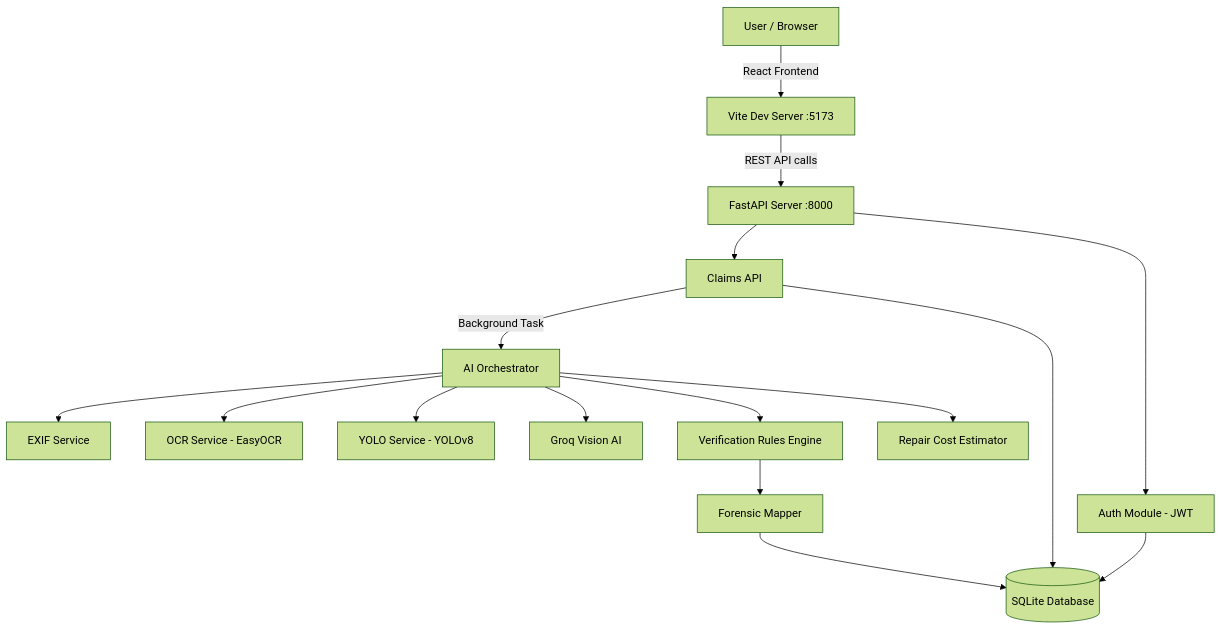
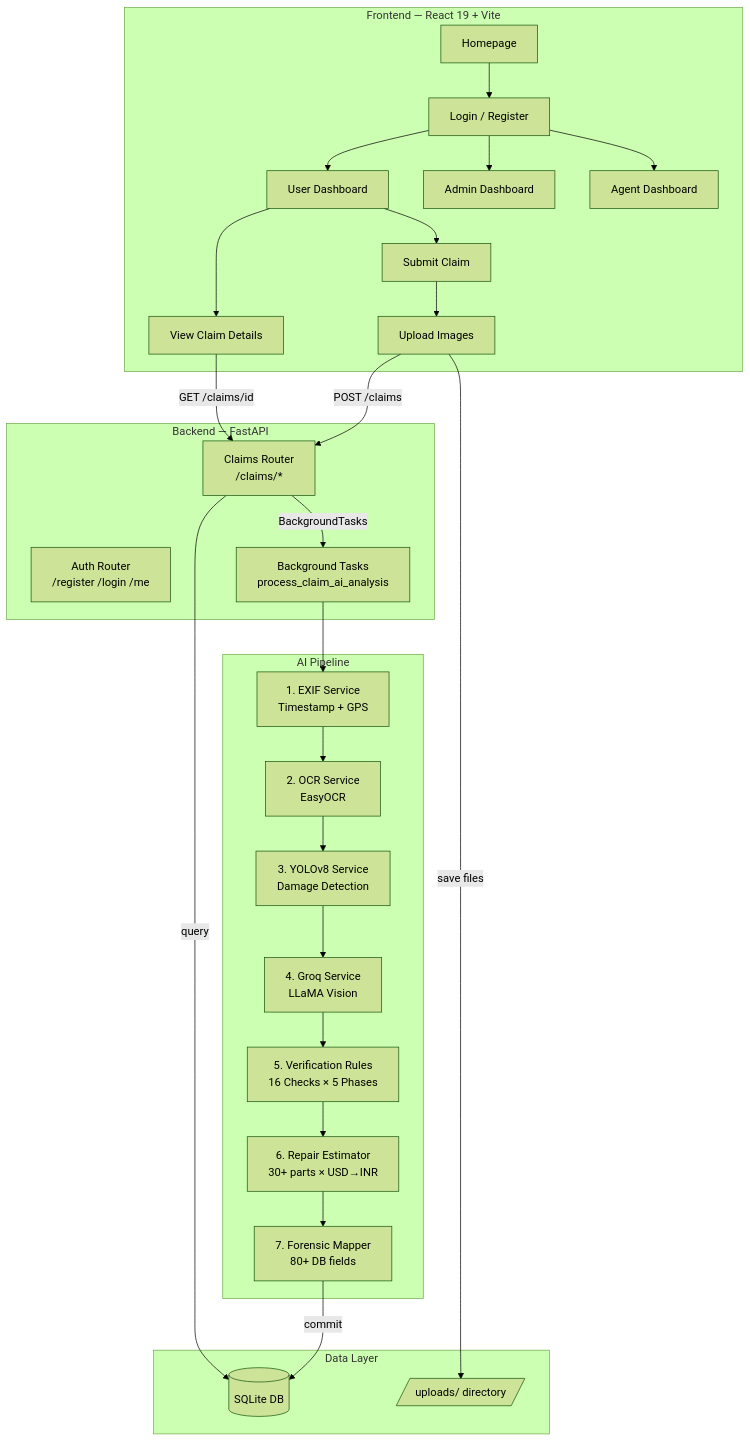
Before and after one commit to Basilsabu10/AutoclaimMain: the first of 5 diagrams in Autoclaim-main/docs/PROJECT_REPORT.md, drawn with Mermaid (forest theme). The commit also changed other lines of this file, not shown here.

Commit message:
docs: comprehensive project report with deep code-level details

````diff
--- a/Autoclaim-main/docs/PROJECT_REPORT.md
+++ b/Autoclaim-main/docs/PROJECT_REPORT.md
@@ -49,18 +75,41 @@
 ```mermaid
-graph TD
-    A[User / Browser] -->|React Frontend| B[Vite Dev Server :5173]
-    B -->|REST API calls| C[FastAPI Server :8000]
-    C --> D[Auth Module - JWT]
-    C --> E[Claims API]
-    E -->|Background Task| F[AI Orchestrator]
-    F --> G[EXIF Service]
-    F --> H[OCR Service - EasyOCR]
-    F --> I[YOLO Service - YOLOv8]
-    F --> J[Groq Vision AI]
-    F --> K[Verification Rules Engine]
-    F --> L[Repair Cost Estimator]
-    K --> M[Forensic Mapper]
-    M --> N[(SQLite Database)]
-    E --> N
-    D --> N
+graph TB
+    subgraph "Frontend — React 19 + Vite"
+        A[Homepage] --> B[Login / Register]
+        B --> C[User Dashboard]
+        B --> D[Admin Dashboard]
+        B --> E[Agent Dashboard]
+        C --> F[Submit Claim]
+        F --> G[Upload Images]
+        C --> H[View Claim Details]
+    end
+
+    subgraph "Backend — FastAPI"
+        I[Auth Router<br>/register /login /me]
+        J[Claims Router<br>/claims/*]
+        K[Background Tasks<br>process_claim_ai_analysis]
+    end
+
+    subgraph "AI Pipeline"
+        L[1. EXIF Service<br>Timestamp + GPS]
+        M[2. OCR Service<br>EasyOCR]
+        N[3. YOLOv8 Service<br>Damage Detection]
+        O[4. Groq Service<br>LLaMA Vision]
+        P[5. Verification Rules<br>16 Checks × 5 Phases]
+        Q[6. Repair Estimator<br>30+ parts × USD→INR]
+        R[7. Forensic Mapper<br>80+ DB fields]
+    end
+
+    subgraph "Data Layer"
+        S[(SQLite DB)]
+        T[/uploads/ directory/]
+    end
+
+    G -->|POST /claims| J
+    J -->|BackgroundTasks| K
+    K --> L --> M --> N --> O --> P --> Q --> R
+    R -->|commit| S
+    G -->|save files| T
+    H -->|GET /claims/id| J
+    J -->|query| S
 ```
````
